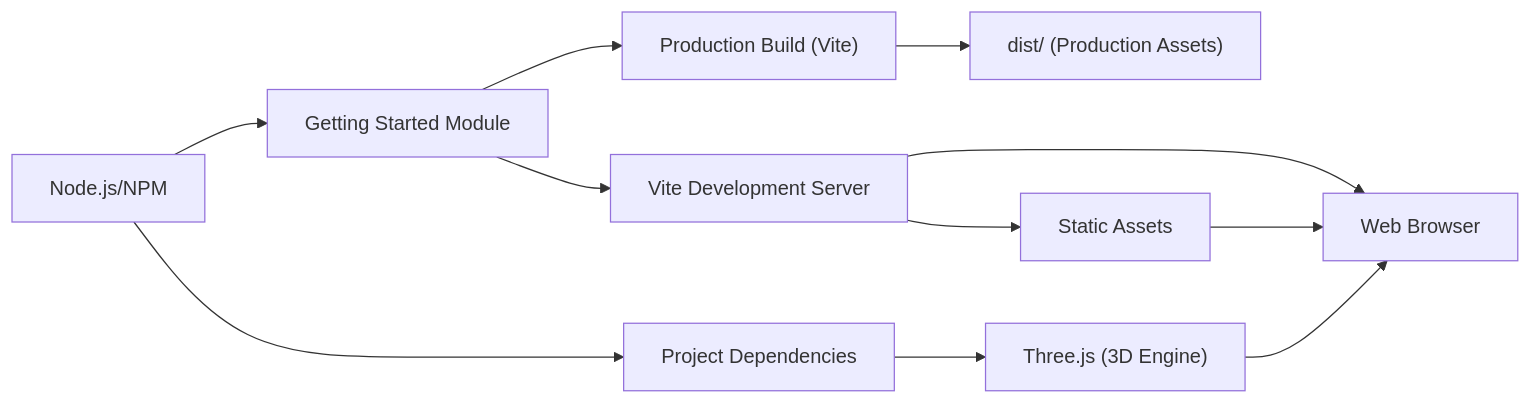
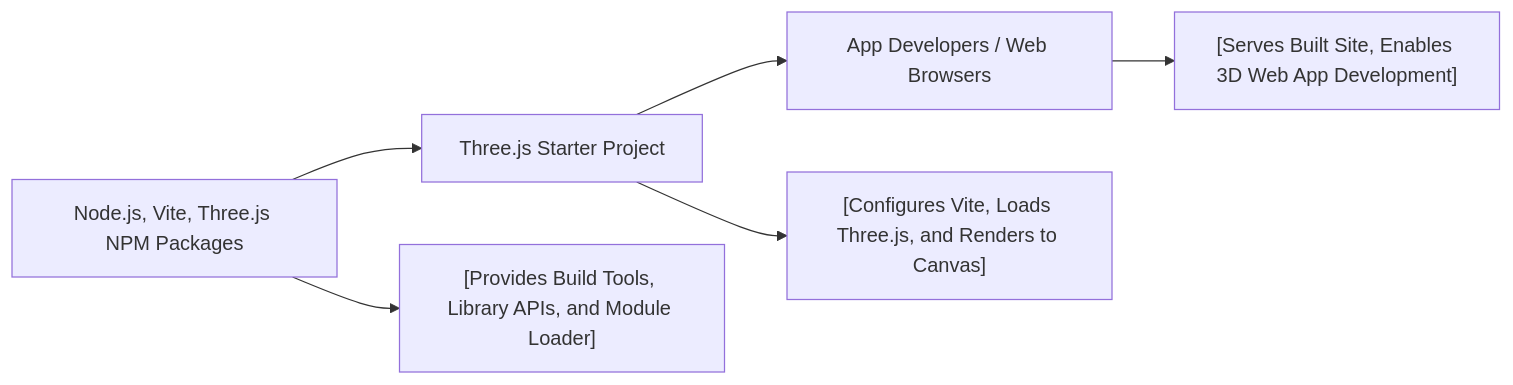
Before and after one commit to NicoooM/three-js-test: the diagram in .shelfya/starter/getting-started.md, drawn with Mermaid. The commit also changed other lines of this file and 4 other files, not shown here.

````diff
--- a/.shelfya/starter/getting-started.md
+++ b/.shelfya/starter/getting-started.md
@@ -41,12 +41,9 @@
 ```mermaid
 flowchart LR
-  devEnv["Node.js/NPM"] --> starter["Getting Started Module"] --> devServer["Vite Development Server"]
-  devEnv --> dependencies["Project Dependencies"]
-  starter --> buildProcess["Production Build (Vite)"]
-  buildProcess --> output["dist/ (Production Assets)"]
-  devServer --> browser["Web Browser"]
-  dependencies --> three["Three.js (3D Engine)"]
-  devServer --> static["Static Assets"]
-  static --> browser
-  three --> browser
+  dependencies["Node.js, Vite, Three.js NPM Packages"] --> thisModule["Three.js Starter Project"]
+  thisModule --> usedBy["App Developers / Web Browsers"]
+
+  dependencies --> details["[Provides Build Tools, Library APIs, and Module Loader]"]
+  thisModule --> process["[Configures Vite, Loads Three.js, and Renders to Canvas]"]
+  usedBy --> consumers["[Serves Built Site, Enables 3D Web App Development]"]
 ```
````
